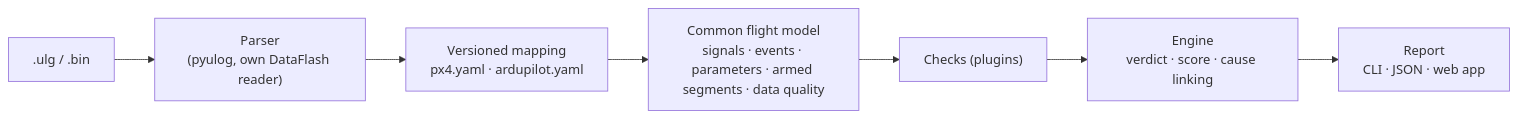
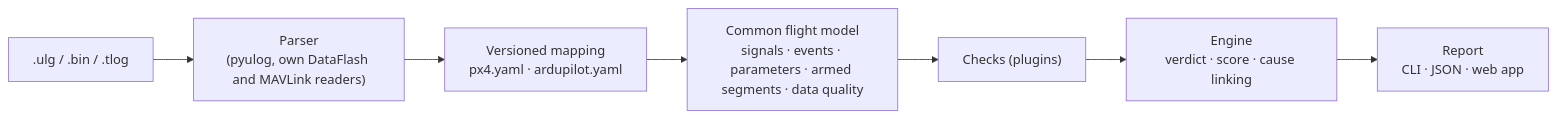
One commit to naol-zewdie/flightlens-flight-log-analyzer changed the diagram in docs/how-it-works.md. Above: the diagram before and after it, drawn with Mermaid. The commit also changed other lines of this file and 26 other files, not shown here.

First line of the commit message:
MAVLink .tlog support, and fixes from 71 real Mission Planner logs

````diff
--- a/docs/how-it-works.md
+++ b/docs/how-it-works.md
@@ -3,9 +3,9 @@
 ```mermaid
 flowchart LR
-    U[".ulg / .bin"] --> P["Parser<br/>(pyulog, own DataFlash reader)"]
+    U[".ulg / .bin / .tlog"] --> P["Parser<br/>(pyulog, own DataFlash and MAVLink readers)"]
     P --> M["Versioned mapping<br/>px4.yaml · ardupilot.yaml"]
     M --> F["Common flight model<br/>signals · events · parameters · armed segments · data quality"]
     F --> C["Checks (plugins)"]
     C --> E["Engine<br/>verdict · score · cause linking"]
     E --> R["Report<br/>CLI · JSON · web app"]
 ```
````
